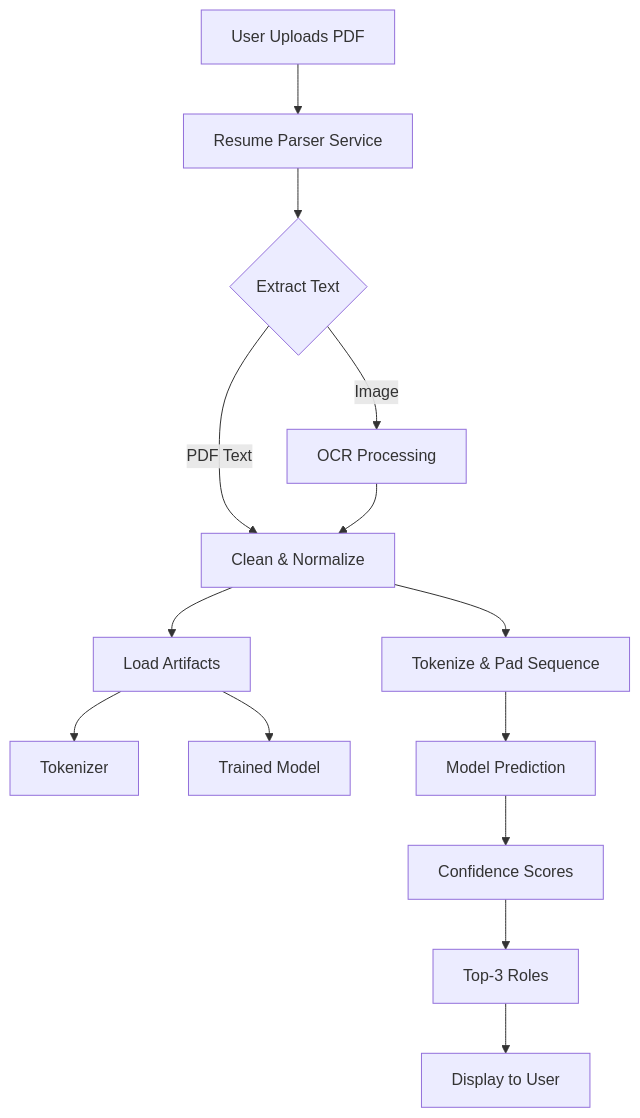
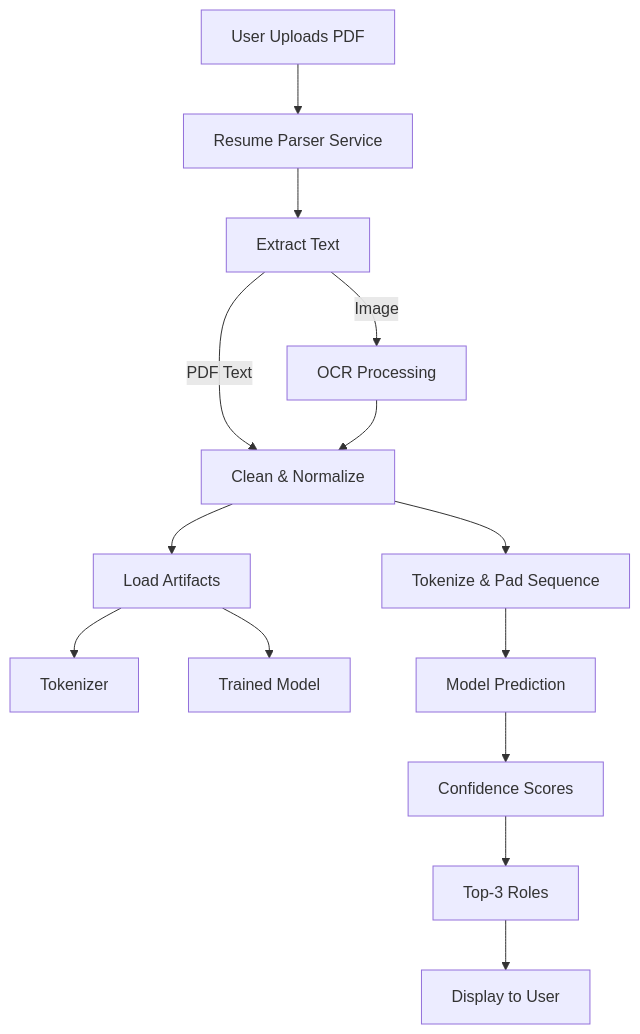
The second of 3 diagrams in PROJECT_REPORT.md (Yaiphaba189/Resume_Analyser), drawn with Mermaid before and after one commit. The commit also changed other lines of this file, not shown here.

````diff
--- a/PROJECT_REPORT.md
+++ b/PROJECT_REPORT.md
@@ -47,17 +47,18 @@
 ```mermaid
 graph TD
     A["User Uploads PDF"] --> B["Resume Parser Service"]
-    B --> C{"Extract Text"}
-    C -->|PDF Text| D["Clean & Normalize"]
-    C -->|Image| E["OCR Processing"] --> D
+    B --> C["Extract Text"]
+    C -- "PDF Text" --> D["Clean & Normalize"]
+    C -- "Image" --> E["OCR Processing"]
+    E --> D
 
     D --> F["Load Artifacts"]
     F --> G["Tokenizer"]
     F --> H["Trained Model"]
 
     D --> I["Tokenize & Pad Sequence"]
     I --> J["Model Prediction"]
     J --> K["Confidence Scores"]
     K --> L["Top-3 Roles"]
     L --> M["Display to User"]
 ```
````
